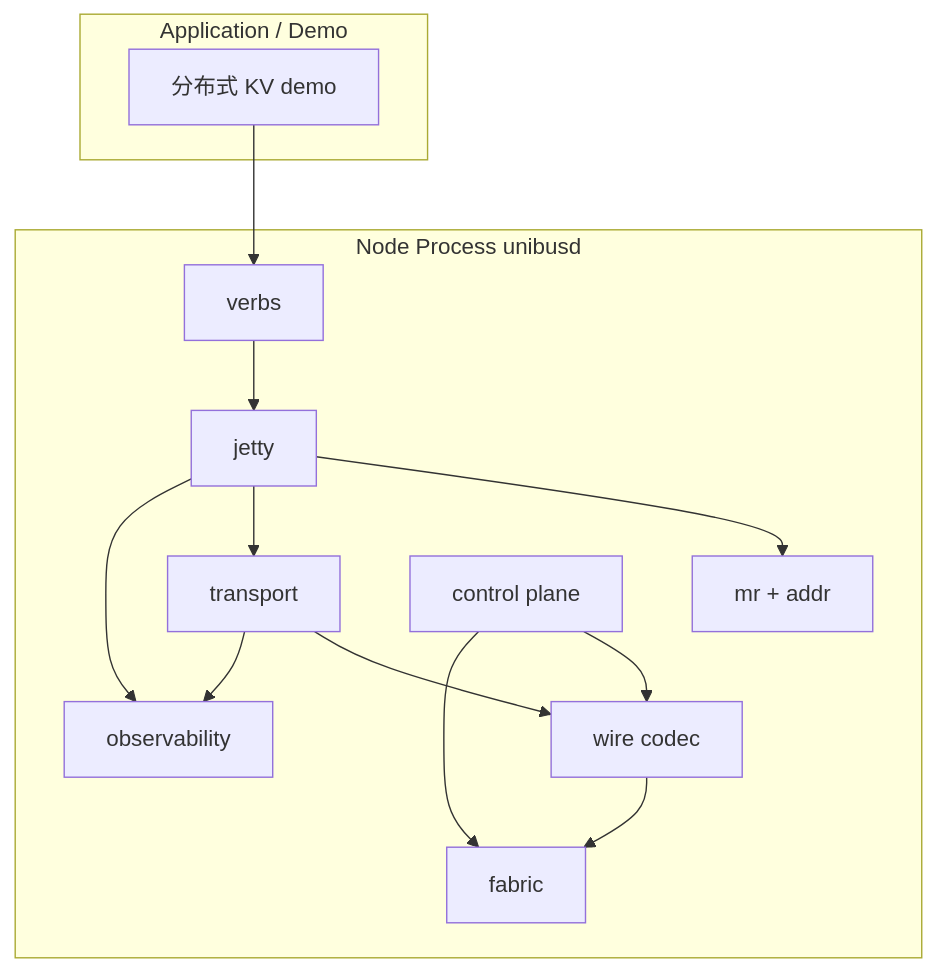
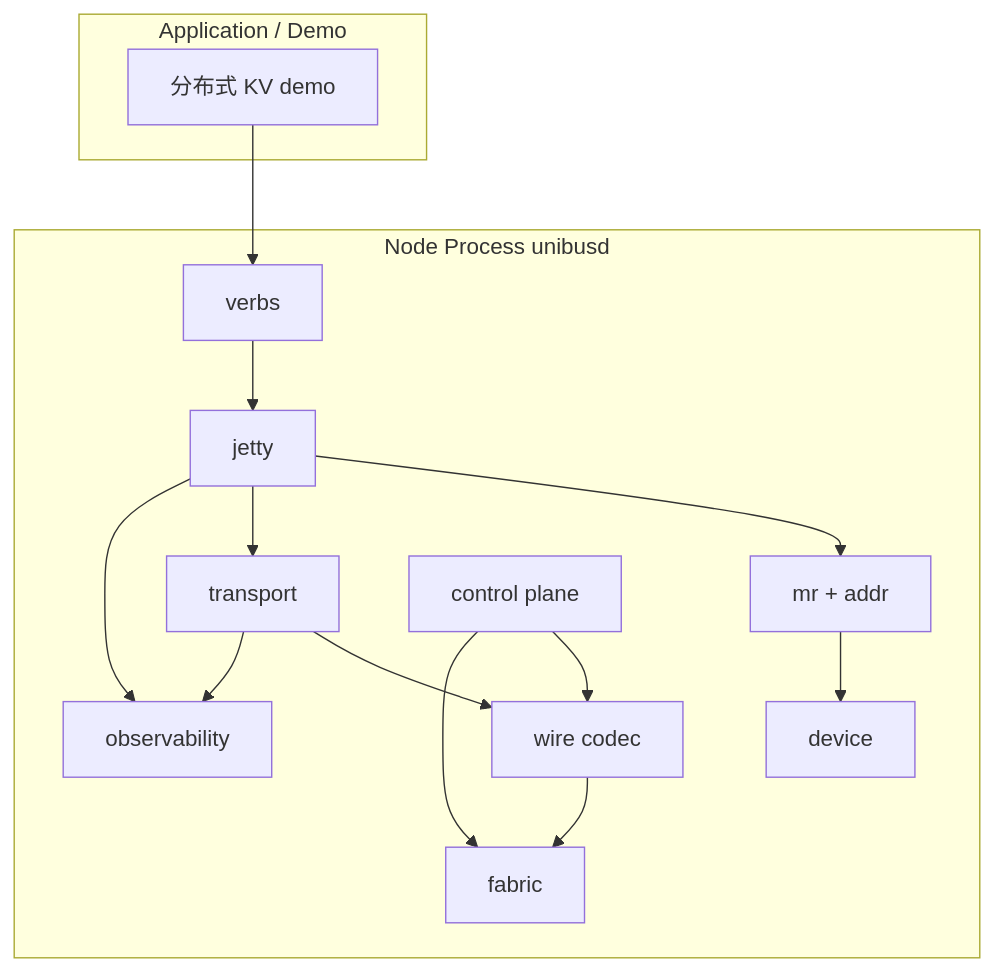
Before and after one commit to s0okiym/unibus_toy: the diagram in DESIGN.md, drawn with Mermaid. The commit also changed other lines of this file and 1 other file, not shown here.

````diff
--- a/DESIGN.md
+++ b/DESIGN.md
@@ -41,22 +85,23 @@
 ```mermaid
 flowchart TB
   subgraph app [Application / Demo]
     KV[分布式 KV demo]
   end
   subgraph node [Node Process unibusd]
     Verbs[verbs]
     Jetty[jetty]
     MR[mr + addr]
+    Dev[device]
     TP[transport]
     Wire[wire codec]
     Fab[fabric]
     CTRL[control plane]
     OBS[observability]
   end
-  KV --> Verbs --> Jetty --> MR
+  KV --> Verbs --> Jetty --> MR --> Dev
   Jetty --> TP --> Wire --> Fab
   CTRL --> Wire
   CTRL --> Fab
   TP --> OBS
   Jetty --> OBS
 ```
````
